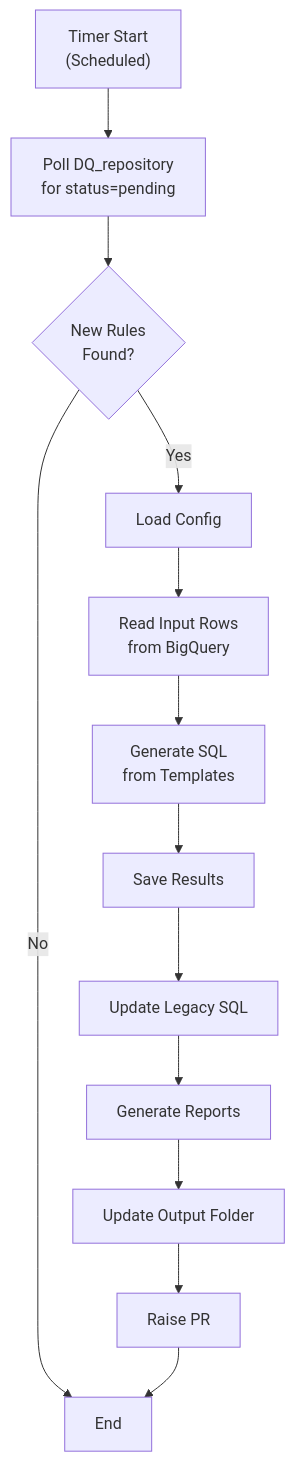
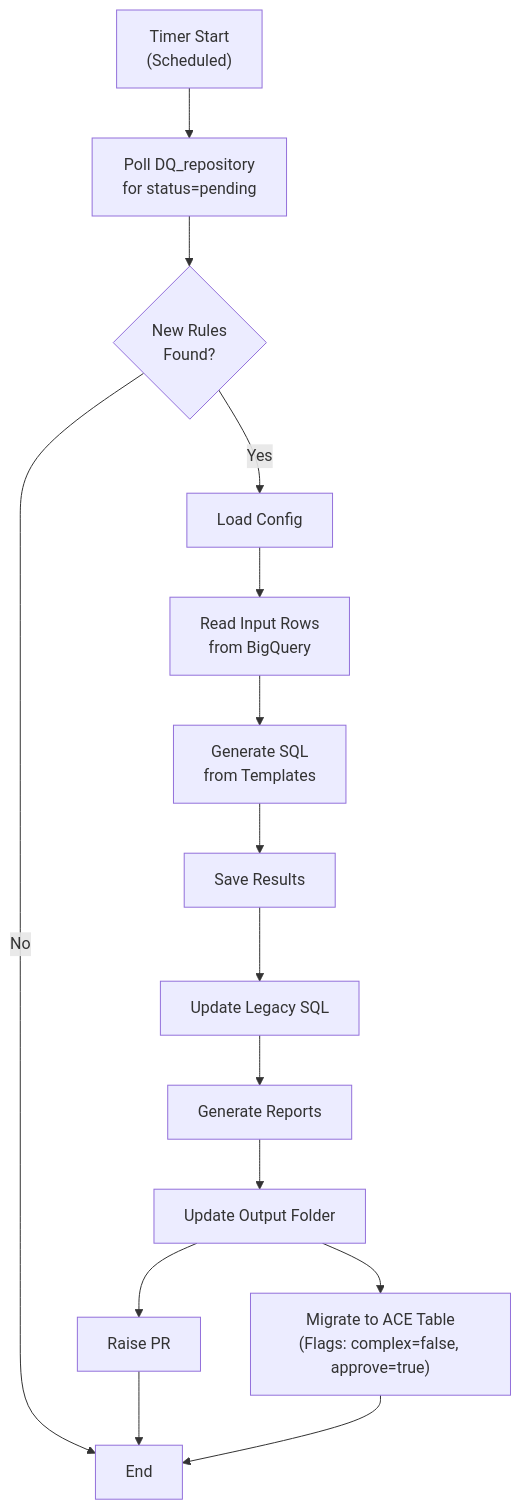
One commit to gprudhviteja94-cmd/records changed the seventh of 8 diagrams in am/BPMN_Tools_Knowledge_Document.md. Above: the diagram before and after it, drawn with Mermaid. The commit also changed other lines of this file and 1 other file, not shown here.

Commit message:
Update ACE Core and BPMN knowledge documents with detailed pipeline, integration, and compliance info

````diff
--- a/am/BPMN_Tools_Knowledge_Document.md
+++ b/am/BPMN_Tools_Knowledge_Document.md
@@ -366,15 +312,17 @@
 ```mermaid
 graph TD
     A["Timer Start<br/>(Scheduled)"] --> B["Poll DQ_repository<br/>for status=pending"]
     B --> C{"New Rules<br/>Found?"}
     C --> |"No"| D["End"]
     C --> |"Yes"| E["Load Config"]
     E --> F["Read Input Rows<br/>from BigQuery"]
     F --> G["Generate SQL<br/>from Templates"]
     G --> H["Save Results"]
     H --> I["Update Legacy SQL"]
     I --> J["Generate Reports"]
     J --> K["Update Output Folder"]
     K --> L["Raise PR"]
+    K --> M["Migrate to ACE Table<br/>(Flags: complex=false, approve=true)"]
     L --> D
+    M --> D
 ```
````
